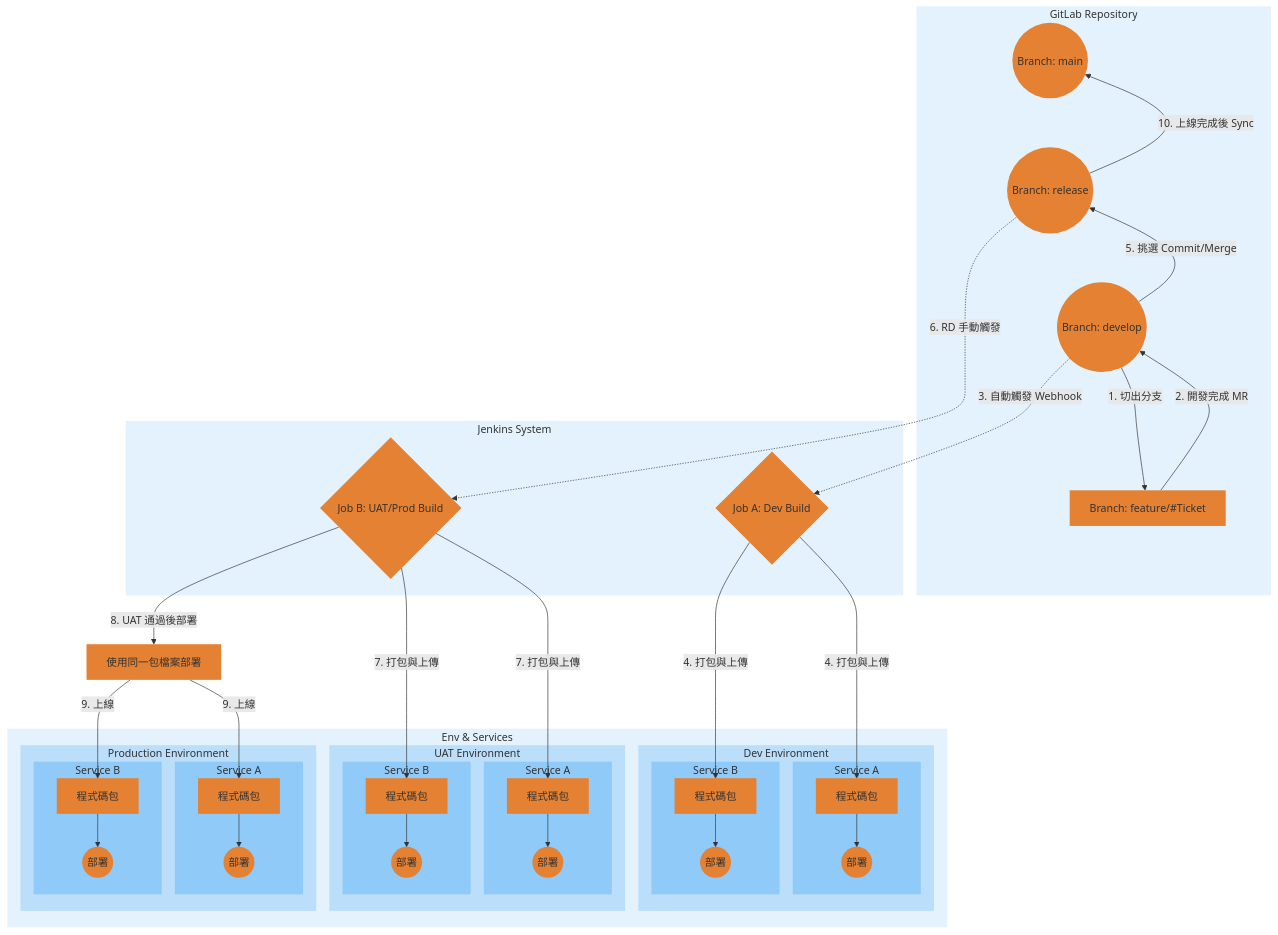
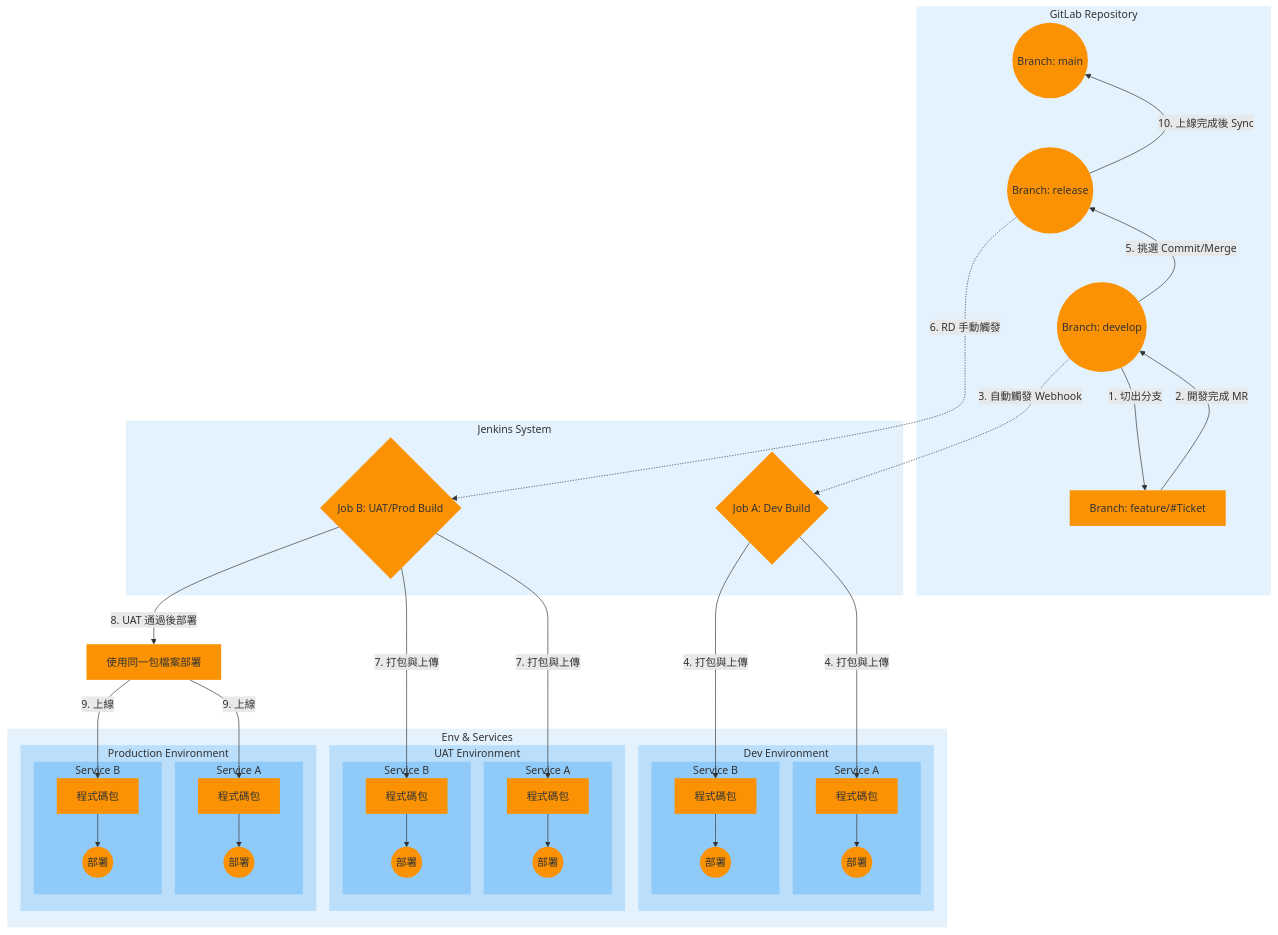
Before and after one commit to almightyken0425/KnowledgeVault: the second of 2 diagrams in SIT/ReleaseWorkFlow.md, drawn with Mermaid.

````diff
--- a/SIT/ReleaseWorkFlow.md
+++ b/SIT/ReleaseWorkFlow.md
@@ -47,11 +47,11 @@
 ```mermaid
 graph TD
     %% 定義樣式
-    classDef branch fill:#E58133,stroke:#2E7D32,stroke-width:0px;
-    classDef action fill:#E58133,stroke:#2E7D32,stroke-width:0px;
-    classDef server fill:#E58133,stroke:#2E7D32,stroke-width:0px;
-    classDef jenkins fill:#E58133,stroke:#2E7D32,stroke-width:0px;
-    classDef deployAction fill:#E58133,stroke:#2E7D32,stroke-width:0px;
+    classDef branch fill:#FA9203,stroke:#2E7D32,stroke-width:0px;
+    classDef action fill:#FA9203,stroke:#2E7D32,stroke-width:0px;
+    classDef server fill:#FA9203,stroke:#2E7D32,stroke-width:0px;
+    classDef jenkins fill:#FA9203,stroke:#2E7D32,stroke-width:0px;
+    classDef deployAction fill:#FA9203,stroke:#2E7D32,stroke-width:0px;
 
     %% 節點定義
     subgraph Git_Repo [GitLab Repository]
````
